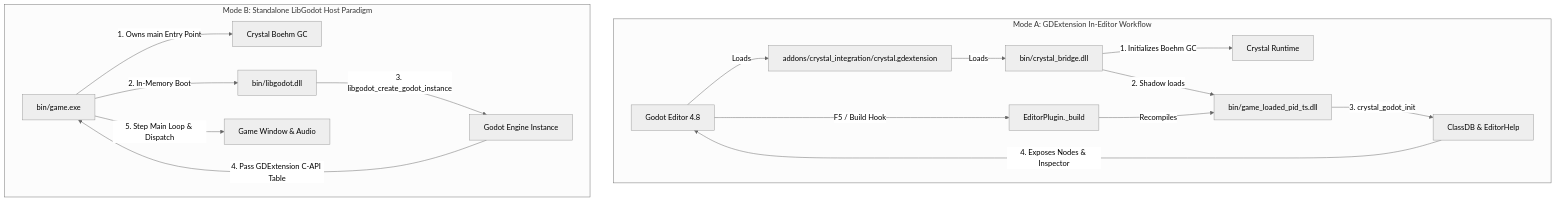
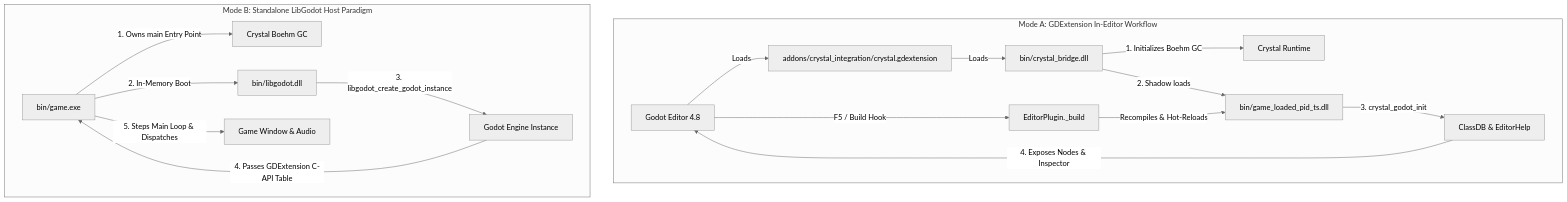
One commit to sol-vin/lapis changed the diagram in README.md. Above: the diagram before and after it, drawn with Mermaid (neutral theme). The commit also changed other lines of this file and 446 other files, not shown here.

````diff
--- a/README.md
+++ b/README.md
@@ -18,21 +122,21 @@
 ```mermaid
 graph TD
     subgraph Mode A: GDExtension In-Editor Workflow
         GE[Godot Editor 4.8] -->|Loads| GDX[addons/crystal_integration/crystal.gdextension]
         GDX -->|Loads| CB[bin/crystal_bridge.dll]
         CB -->|1. Initializes Boehm GC| CRT[Crystal Runtime]
         CB -->|2. Shadow loads| GDL[bin/game_loaded_pid_ts.dll]
         GDL -->|3. crystal_godot_init| REG[ClassDB & EditorHelp]
         REG -->|4. Exposes Nodes & Inspector| GE
         GE -->|F5 / Build Hook| EB[EditorPlugin._build]
-        EB -->|Recompiles| GDL
+        EB -->|Recompiles & Hot-Reloads| GDL
     end
 
     subgraph Mode B: Standalone LibGodot Host Paradigm
         EXE[bin/game.exe] -->|1. Owns main Entry Point| CRTM[Crystal Boehm GC]
         EXE -->|2. In-Memory Boot| LGD[bin/libgodot.dll]
         LGD -->|3. libgodot_create_godot_instance| GINST[Godot Engine Instance]
-        GINST -->|4. Pass GDExtension C-API Table| EXE
-        EXE -->|5. Step Main Loop & Dispatch| WIN[Game Window & Audio]
+        GINST -->|4. Passes GDExtension C-API Table| EXE
+        EXE -->|5. Steps Main Loop & Dispatches| WIN[Game Window & Audio]
     end
 ```
````
